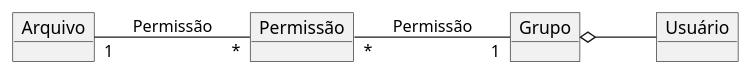
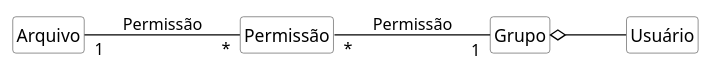
Before and after one commit to kyriosdata/oo: the diagram in imagens/modelos-01/imagem-11/mod01ima11.plantuml, drawn with PlantUML. The commit also changed 13 other files, not shown here.

```diff
--- a/imagens/modelos-01/imagem-11/mod01ima11.plantuml
+++ b/imagens/modelos-01/imagem-11/mod01ima11.plantuml
@@ -1,10 +1,20 @@
 @startuml mod01ima11
-object "Permissão" as o1
-object "Grupo" as o2
-object "Usuário" as o3
-object "Arquivo" as o4
+hide circle
+hide methods
+hide empty members
+
+skinparam class {
+    BackgroundColor White
+    ArrowColor Black
+    BorderColor #505050
+}
+
+class "Permissão" as o1
+class "Grupo" as o2
+class "Usuário" as o3
+class "Arquivo" as o4
 left to right direction
 o1"*" -- "1"o2: Permissão
 o2 o-- o3
 o4"1" -- "*"o1: Permissão
 @enduml
```
